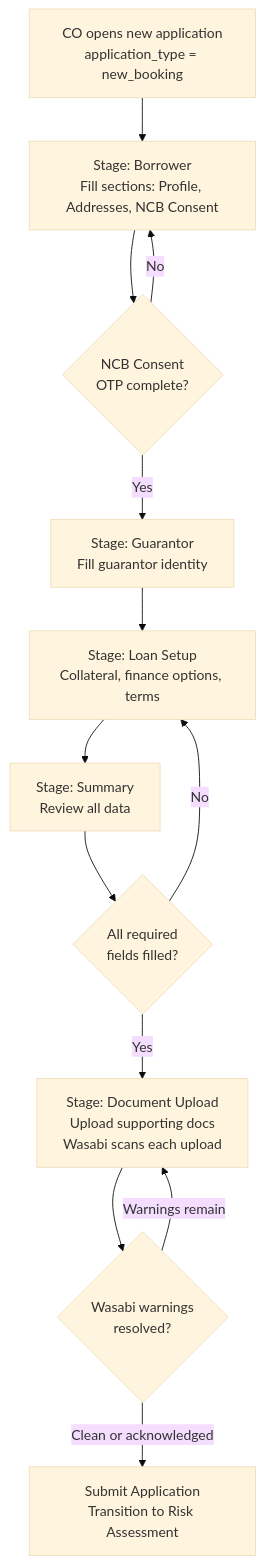
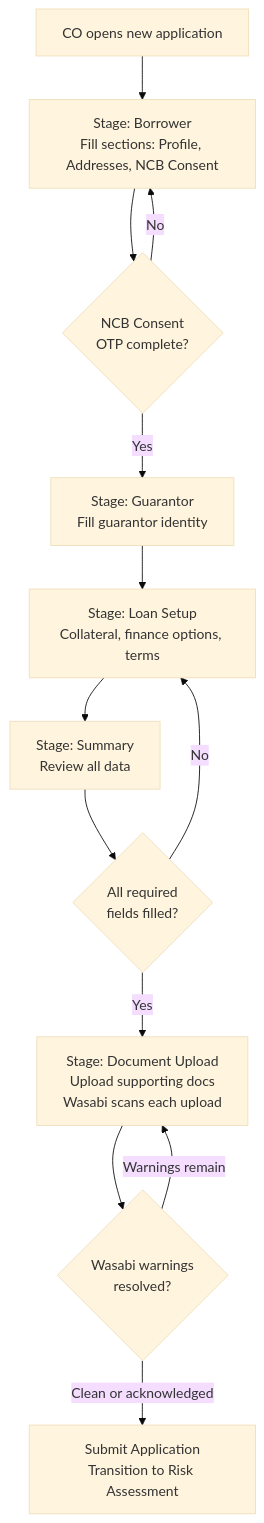
Before and after one commit to chanatan-sri/TurboProduct: the diagram in product/credit/onigiri/capabilities/smart-form/CAPABILITY.md, drawn with Mermaid (base theme). The commit also changed other lines of this file and 15 other files, not shown here.

````diff
--- a/product/credit/onigiri/capabilities/smart-form/CAPABILITY.md
+++ b/product/credit/onigiri/capabilities/smart-form/CAPABILITY.md
@@ -174,15 +93,15 @@
 ```mermaid
 flowchart TD
-    A[CO opens new application\napplication_type = new_booking] --> B[Stage: Borrower\nFill sections: Profile, Addresses, NCB Consent]
+    A[CO opens new application] --> B[Stage: Borrower\nFill sections: Profile, Addresses, NCB Consent]
     B --> C{NCB Consent\nOTP complete?}
     C -- No --> B
     C -- Yes --> D[Stage: Guarantor\nFill guarantor identity]
     D --> E[Stage: Loan Setup\nCollateral, finance options, terms]
     E --> F[Stage: Summary\nReview all data]
     F --> G{All required\nfields filled?}
     G -- No --> E
     G -- Yes --> H[Stage: Document Upload\nUpload supporting docs\nWasabi scans each upload]
     H --> I{Wasabi warnings\nresolved?}
     I -- Warnings remain --> H
     I -- Clean or acknowledged --> J[Submit Application\nTransition to Risk Assessment]
 ```
````
